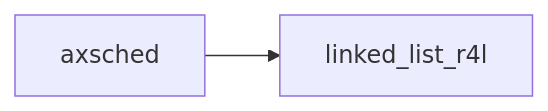
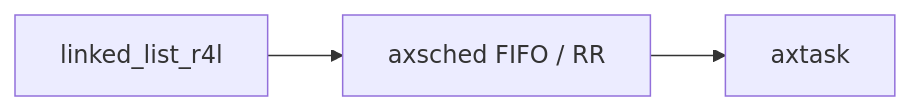
Before and after one commit to rcore-os/tgoskits: the diagram in docs/crates/linked_list_r4l.md, drawn with Mermaid. The commit also changed other lines of this file and 99 other files, not shown here.

````diff
--- a/docs/crates/linked_list_r4l.md
+++ b/docs/crates/linked_list_r4l.md
@@ -33,5 +69,5 @@
 ```mermaid
 graph LR
-    current["linked_list_r4l"]
-    axsched["axsched"] --> current
+    linked_list_r4l["linked_list_r4l"] --> axsched["axsched FIFO / RR"]
+    axsched --> axtask["axtask"]
 ```
````
